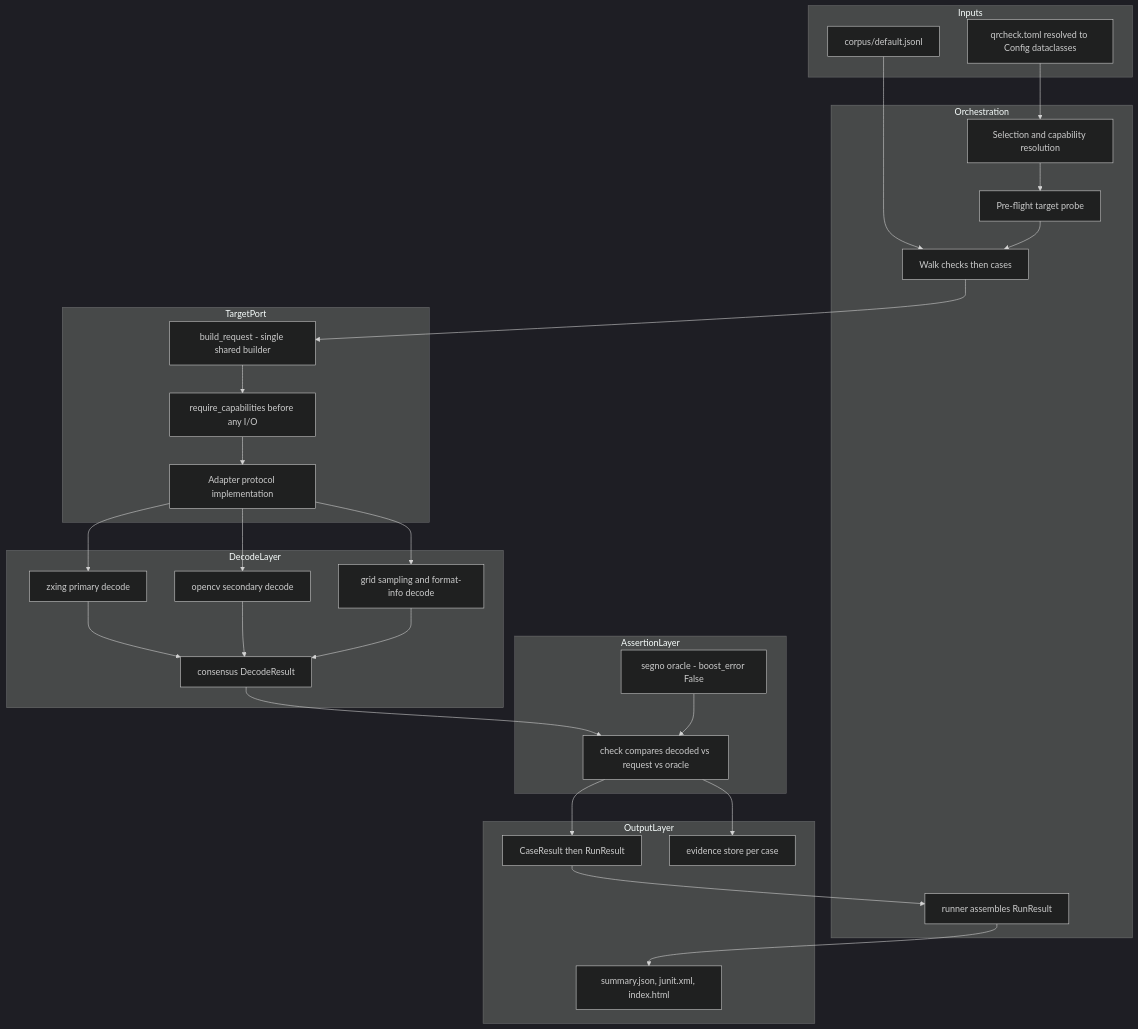
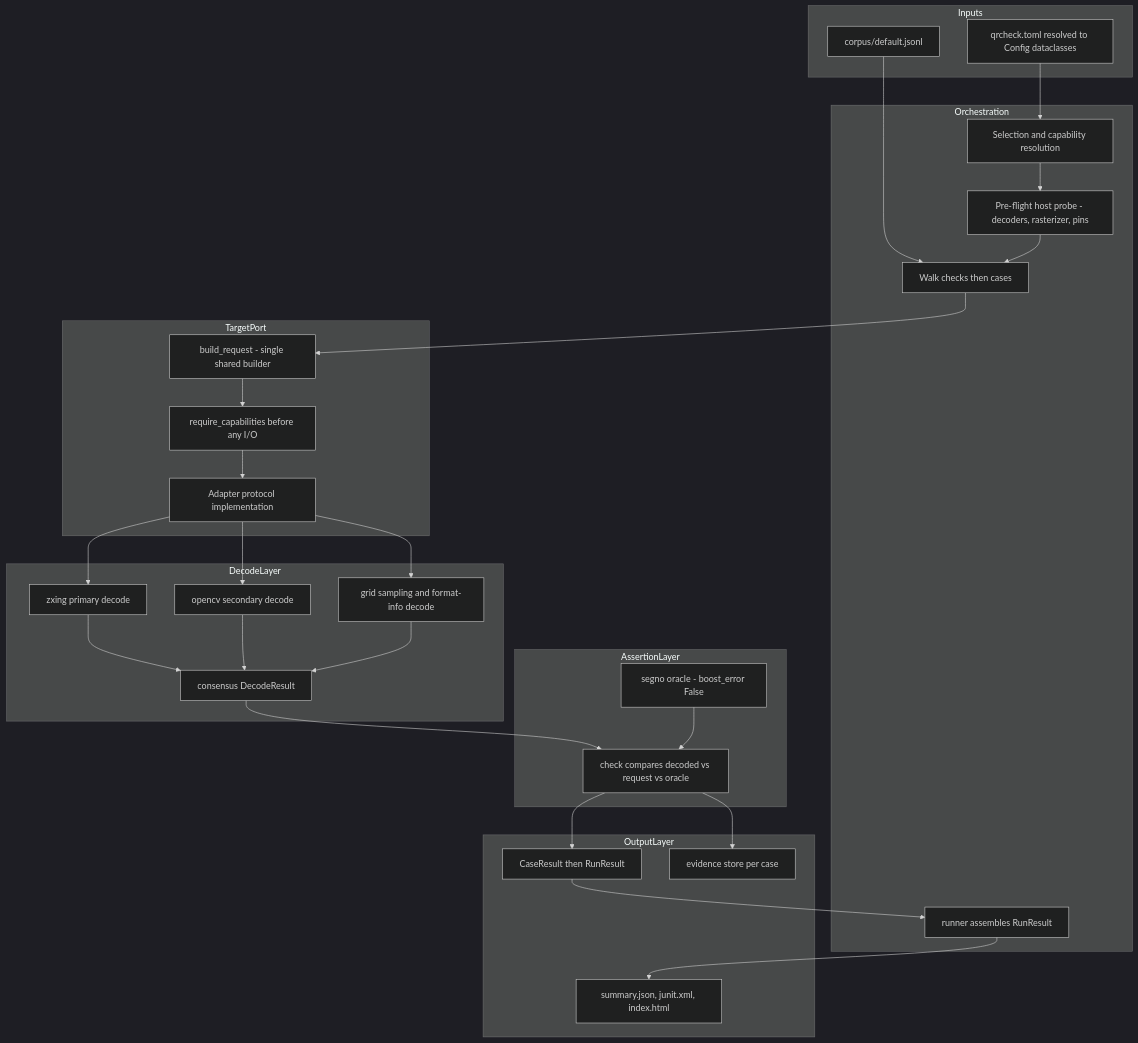
One commit to blitzy-build-in-public/abk-6956-bip-project-2-60k-lines-f9b5c961 changed the diagram in docs/architecture.md. Above: the diagram before and after it, drawn with Mermaid (dark theme). The commit also changed other lines of this file and 3 other files, not shown here.

````diff
--- a/docs/architecture.md
+++ b/docs/architecture.md
@@ -11,52 +11,52 @@
 ```mermaid
 flowchart TD
   subgraph Inputs
     Cfg[qrcheck.toml resolved to Config dataclasses]
     CorpusFile[corpus/default.jsonl]
   end
   subgraph Orchestration
     Select[Selection and capability resolution]
-    Probe[Pre-flight target probe]
+    Probe[Pre-flight host probe - decoders, rasterizer, pins]
     Loop[Walk checks then cases]
     Run[runner assembles RunResult]
   end
   subgraph TargetPort
     Req[build_request - single shared builder]
     Cap[require_capabilities before any I/O]
     Adapter[Adapter protocol implementation]
   end
   subgraph DecodeLayer
     ZX[zxing primary decode]
     CV[opencv secondary decode]
     Geo[grid sampling and format-info decode]
     Cons[consensus DecodeResult]
   end
   subgraph AssertionLayer
     Oracle[segno oracle - boost_error False]
     Chk[check compares decoded vs request vs oracle]
   end
   subgraph OutputLayer
     Model[CaseResult then RunResult]
     Ev[evidence store per case]
     Writers[summary.json, junit.xml, index.html]
   end
   Cfg --> Select
   CorpusFile --> Loop
   Select --> Probe
   Probe --> Loop
   Loop --> Req
   Req --> Cap
   Cap --> Adapter
   Adapter --> ZX
   Adapter --> CV
   Adapter --> Geo
   ZX --> Cons
   CV --> Cons
   Geo --> Cons
   Cons --> Chk
   Oracle --> Chk
   Chk --> Model
   Chk --> Ev
   Model --> Run
   Run --> Writers
 ```
````
